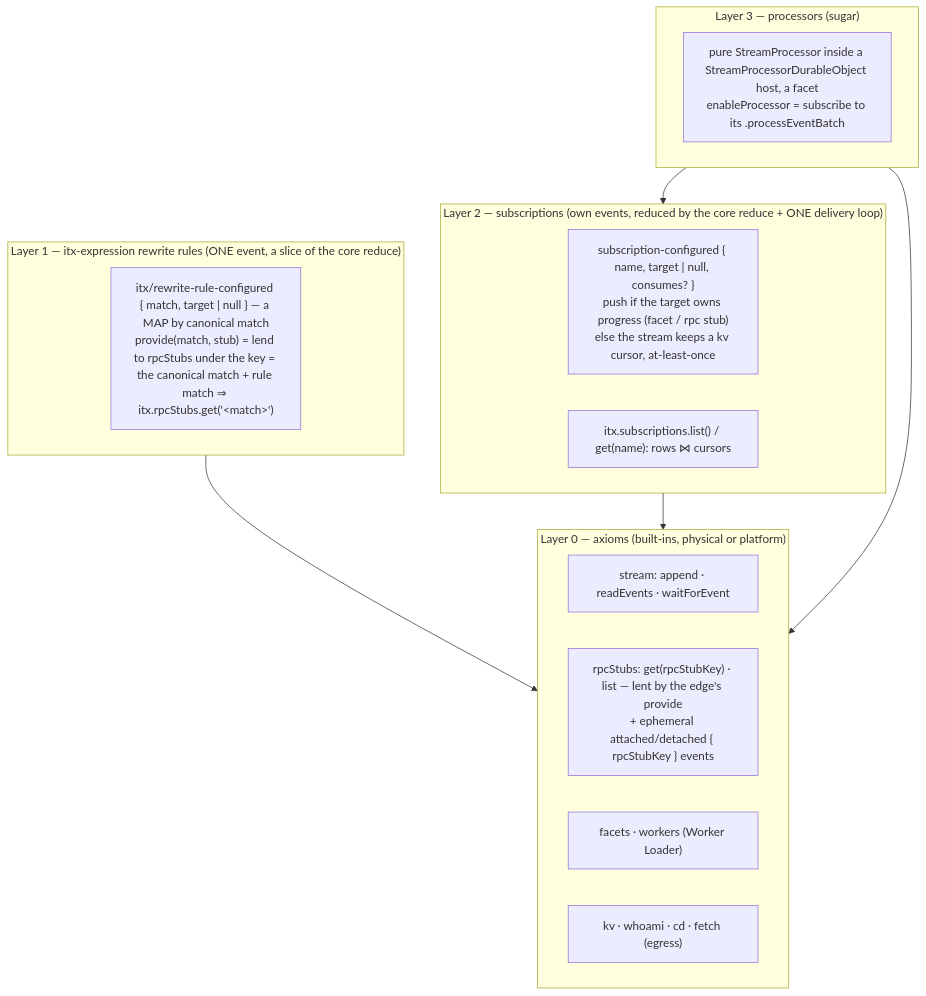
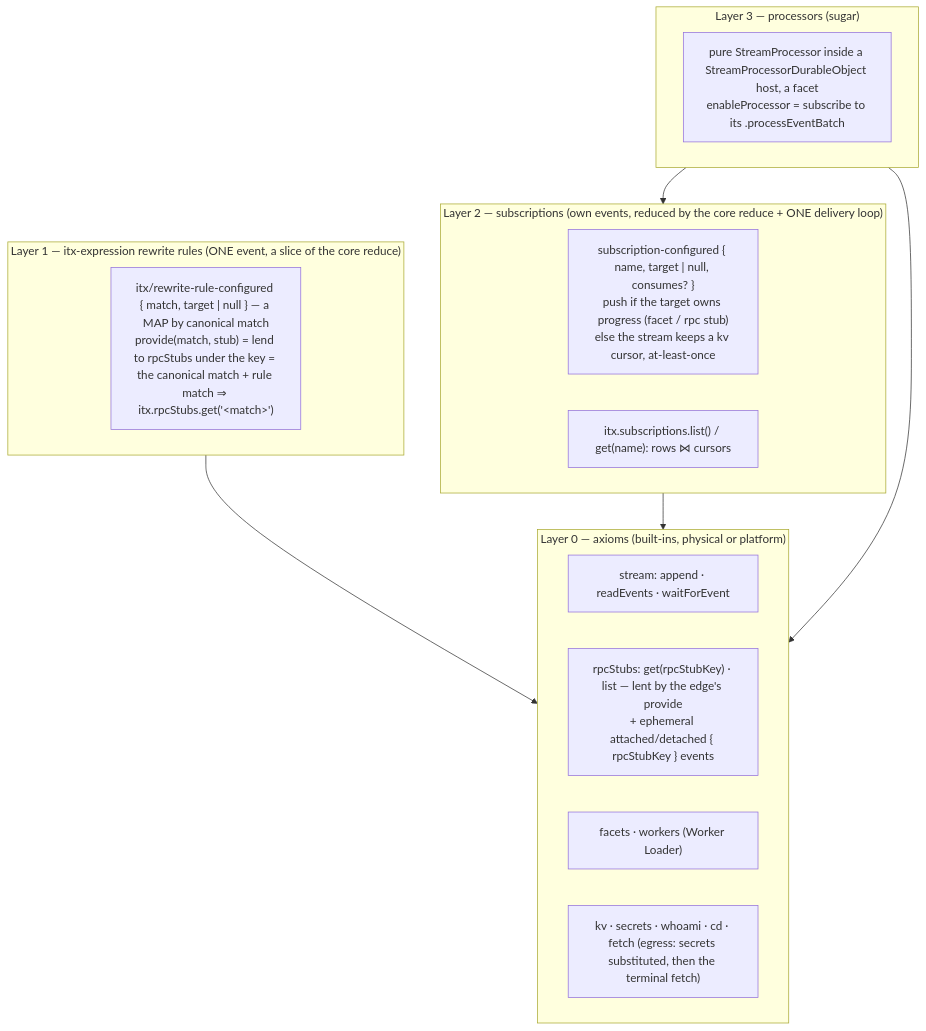
Before and after one commit to iterate/iterate: the diagram in packages/v3/project-worker/docs/design-onion-subscriptions-processors.md, drawn with Mermaid. The commit also changed other lines of this file and 36 other files, not shown here.

````diff
--- a/packages/v3/project-worker/docs/design-onion-subscriptions-processors.md
+++ b/packages/v3/project-worker/docs/design-onion-subscriptions-processors.md
@@ -47,23 +48,23 @@
 ```mermaid
 flowchart TB
   subgraph L0["Layer 0 — axioms (built-ins, physical or platform)"]
     stream["stream: append · readEvents · waitForEvent"]
     stubs["rpcStubs: get(rpcStubKey) · list — lent by the edge's provide<br/>+ ephemeral attached/detached { rpcStubKey } events"]
     facets["facets · workers (Worker Loader)"]
-    misc["kv · whoami · cd · fetch (egress)"]
+    misc["kv · secrets · whoami · cd · fetch (egress: secrets substituted, then the terminal fetch)"]
   end
   subgraph L1["Layer 1 — itx-expression rewrite rules (ONE event, a slice of the core reduce)"]
     rule["itx/rewrite-rule-configured { match, target | null } — a MAP by canonical match<br/>provide(match, stub) = lend to rpcStubs under the key = the canonical match + rule match ⇒ itx.rpcStubs.get('&lt;match&gt;')"]
   end
   subgraph L2["Layer 2 — subscriptions (own events, reduced by the core reduce + ONE delivery loop)"]
     sub["subscription-configured { name, target | null, consumes? }<br/>push if the target owns progress (facet / rpc stub)<br/>else the stream keeps a kv cursor, at-least-once"]
     view["itx.subscriptions.list() / get(name): rows ⋈ cursors"]
   end
   subgraph L3["Layer 3 — processors (sugar)"]
     proc["pure StreamProcessor inside a StreamProcessorDurableObject host, a facet<br/>enableProcessor = subscribe to its .processEventBatch"]
   end
   L1 --> L0
   L2 --> L0
   L3 --> L2
   L3 --> L0
 ```
````
